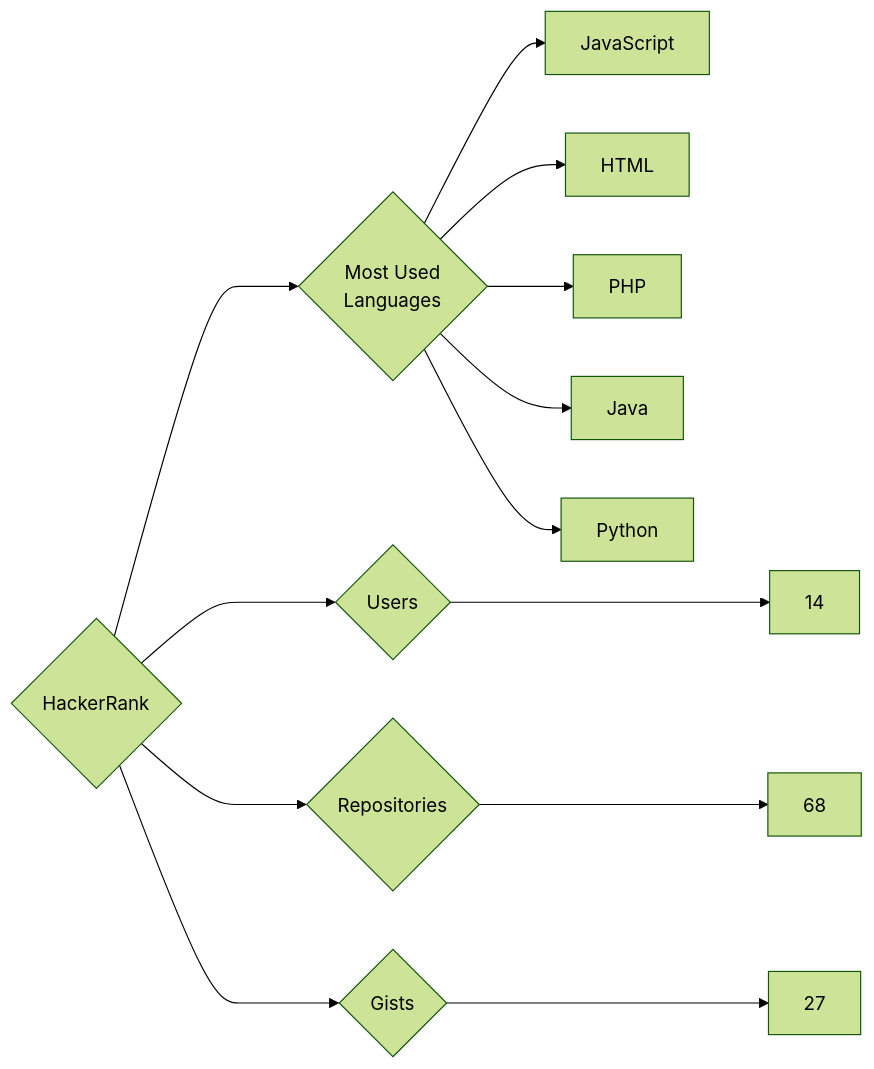
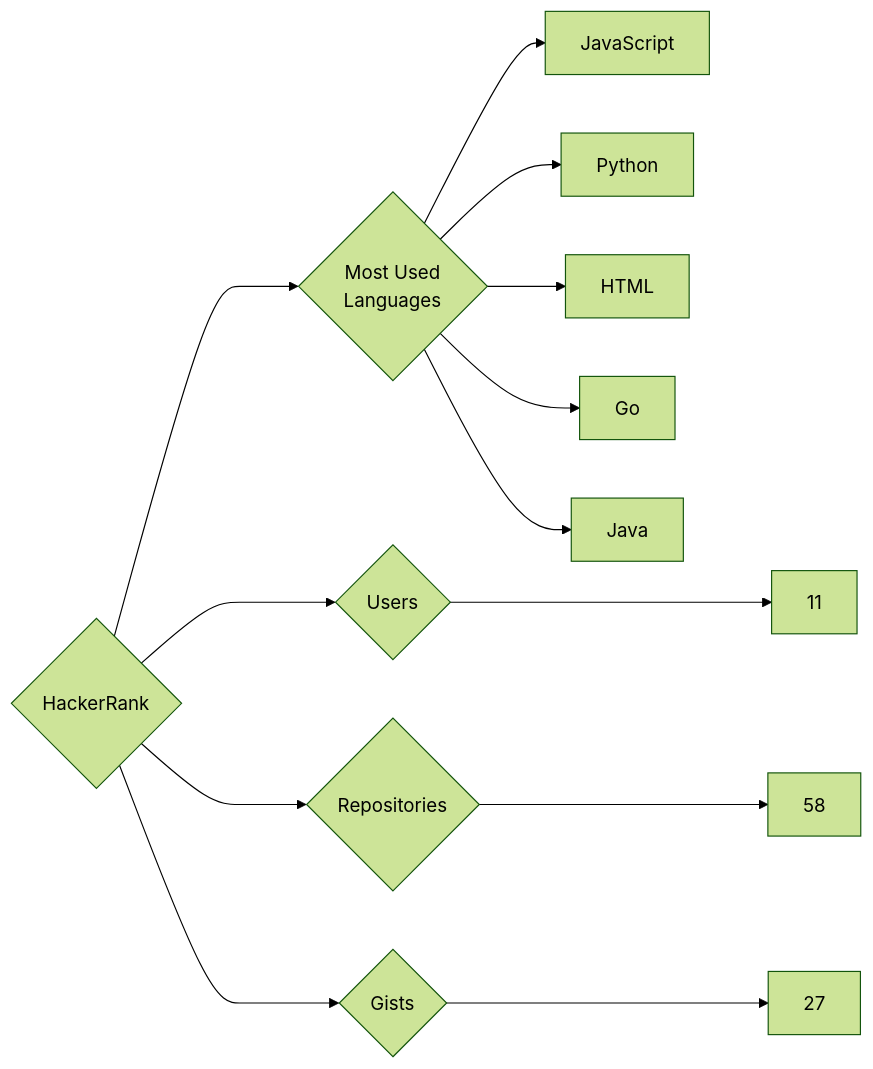
The diagram in targets/HackerRank/README.md (trickest/insiders), drawn with Mermaid (forest theme) before and after one commit. The commit also changed 840 other files, not shown here.

````diff
--- a/targets/HackerRank/README.md
+++ b/targets/HackerRank/README.md
@@ -3,13 +3,13 @@
 ```mermaid
 graph LR
 COMPANY_NAME{HackerRank}
-COMPANY_NAME ---> U{Users} ---> UN[14]
-COMPANY_NAME ---> R{Repositories} ---> RN[68]
+COMPANY_NAME ---> U{Users} ---> UN[11]
+COMPANY_NAME ---> R{Repositories} ---> RN[58]
 COMPANY_NAME ---> G{Gists} ---> GN[27]
 COMPANY_NAME ---> ML{Most Used<br>Languages}
 ML --> JavaScript[JavaScript]
+ML --> Python[Python]
 ML --> HTML[HTML]
-ML --> PHP[PHP]
+ML --> Go[Go]
 ML --> Java[Java]
-ML --> Python[Python]
 ```
````
